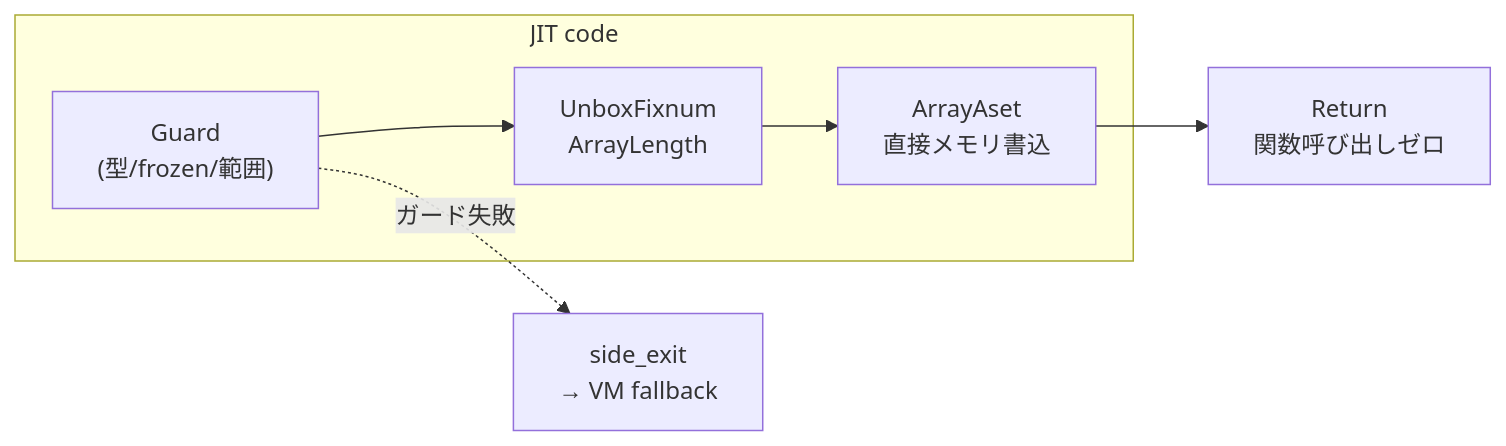
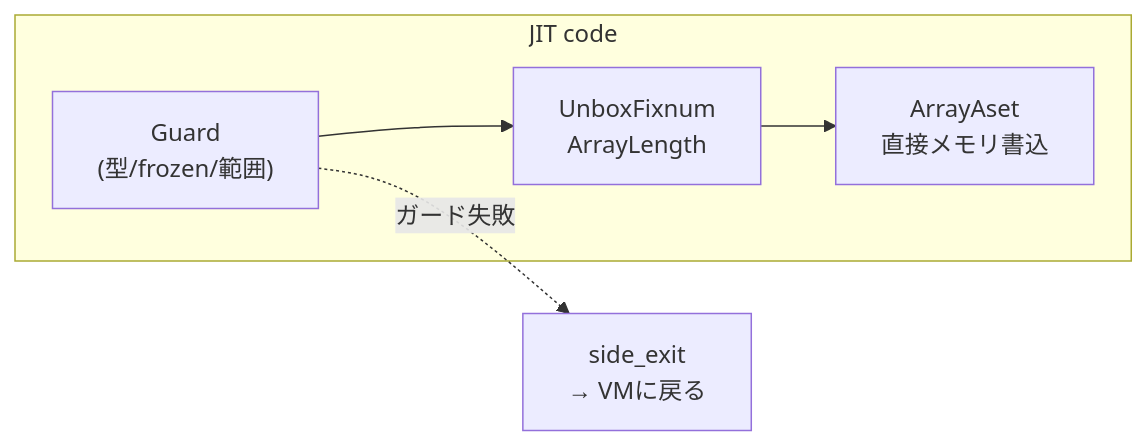
The fourth of 4 diagrams in rubykaigi-bootcamp-2026/slides.md (Nozomi-Hijikata/slides), drawn with Mermaid before and after one commit. The commit also changed other lines of this file, not shown here.

````diff
--- a/rubykaigi-bootcamp-2026/slides.md
+++ b/rubykaigi-bootcamp-2026/slides.md
@@ -772,8 +779,7 @@
 ```mermaid {scale: 0.8}
 graph LR
     subgraph JIT["JIT code"]
         A["Guard<br/>(型/frozen/範囲)"] --> B["UnboxFixnum<br/>ArrayLength"] --> C["ArrayAset<br/>直接メモリ書込"]
     end
-    A -. "ガード失敗" .-> D["side_exit<br/>→ VM fallback"]
-    C --> E["Return<br/>関数呼び出しゼロ"]
+    A -. "ガード失敗" .-> D["side_exit<br/>→ VMに戻る"]
 ```
````
